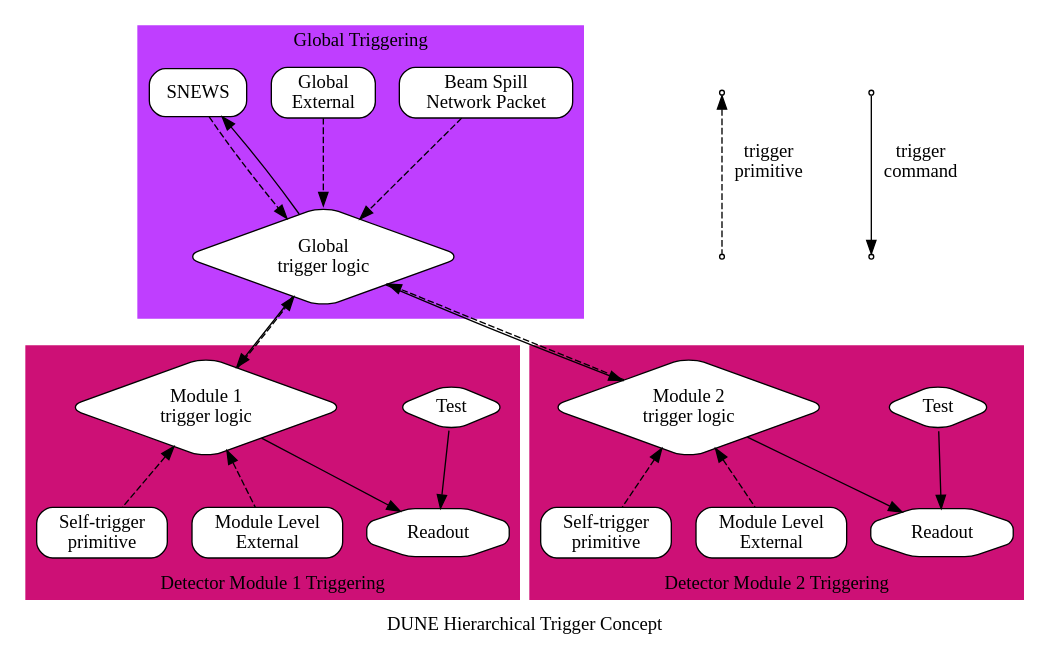
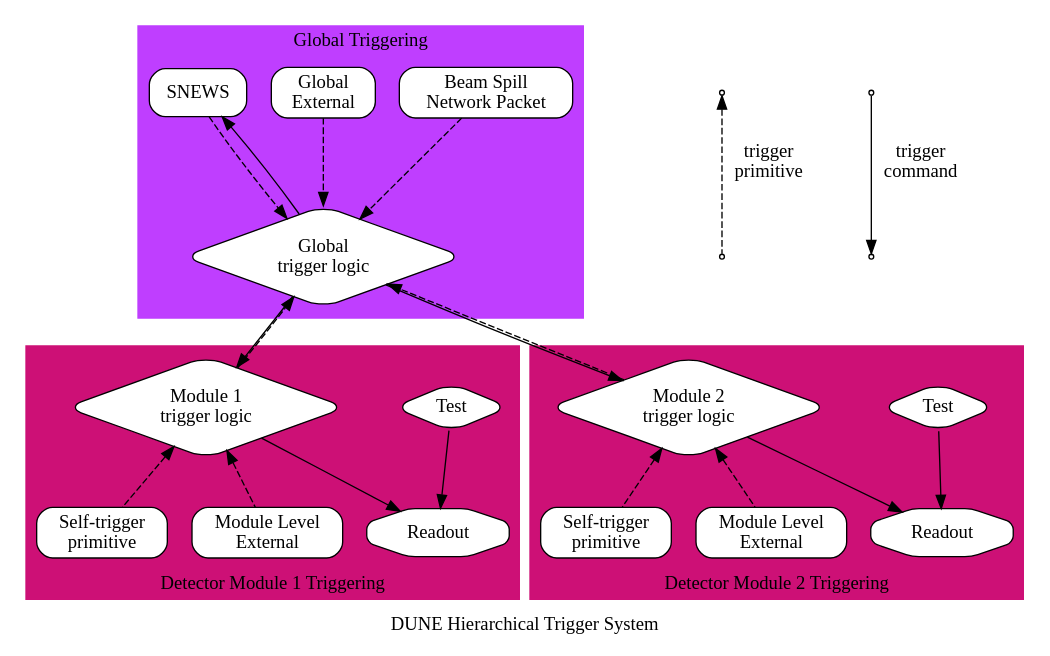
Before and after one commit to brettviren/thread-tests: the diagram in docs/trig.dot, drawn with Graphviz. The commit also changed 3 other files, not shown here.

```diff
--- a/docs/trig.dot
+++ b/docs/trig.dot
@@ -1,90 +1,90 @@
 digraph trig {
         //        rankdir=LR;
-        label="DUNE Hierarchical Trigger Concept";
+        label="DUNE Hierarchical Trigger System";
         
         node [style="rounded,filled",color=black,shape=box,fillcolor=white];
         graph [style=filled, splines=true, overlap=false];
         
 
         subgraph cluster_global {
                 label="Global Triggering";
                 graph[color=darkorchid1];
                 gt[shape=diamond,label="Global\ntrigger logic"];
                 beam[label="Beam Spill\nNetwork Packet"];
                 extern[label="Global\nExternal"]
                 snews[label="SNEWS"];
         }
         subgraph cluster_module1 {
                 label="Detector Module 1 Triggering";
                 labelloc=bottom;
                 graph[color=deeppink3];
                 trigsrc1[label="Self-trigger\nprimitive"];
                 readout1[shape=octagon,label="Readout"];
                 modext1[label="Module Level\nExternal"];
                 {rank=same
                         mt1[shape=diamond, label="Module 1\ntrigger logic"];
                         test1[shape=diamond, label="Test"];
                 }
         }
         subgraph cluster_module2 {
                 labelloc=bottom;
                 label="Detector Module 2 Triggering";
                 graph[color=deeppink3];
                 trigsrc2[label="Self-trigger\nprimitive"];
                 readout2[shape=octagon,label="Readout"];
                 modext2[label="Module Level\nExternal"]
                 {rank=same 
                         mt2[shape=diamond, label="Module 2\ntrigger logic"];
                         test2[shape=diamond, label="Test"];
                 }
         }
         subgraph cluster_legend {
                 label="";
                 graph[color=white];
                 node[shape=point];
                 subgraph cluster_l1 {
                         p1->p3[label="trigger\n command",style=solid];
 
                 }                        
                 subgraph cluster_l2 {
                         p2->p4[label="trigger\n primitive",style=dashed,dir=back];
                 }
         }
 
 
         // trigger primitives
         edge[style=dashed];
         
         snews->gt;
         beam->gt;
         extern->gt;
         
         mt1->modext1[dir=back];
         mt2->modext2[dir=back];
         
         mt1->trigsrc1[dir=back];
         mt2->trigsrc2[dir=back];
 
         mt1->gt;
         mt2->gt;
         
 //        p4->p2[label="trigger\nprimitive"];
 
         // trigger commands
         edge[style=solid];
         
         gt->mt1;
         gt->mt2;
         mt1->readout1;
         mt2->readout2;
 
         gt->snews[constraint=false];
 
         test1->readout1;
         test2->readout2;
 
         mt1->test1[style=invis];
         mt2->test2[style=invis];
         
         edge[style=invis];
 }
```
